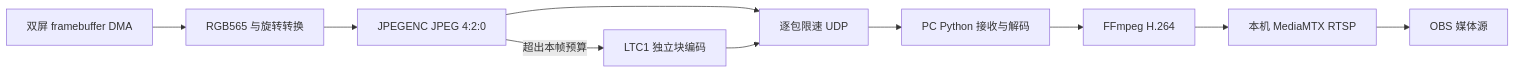
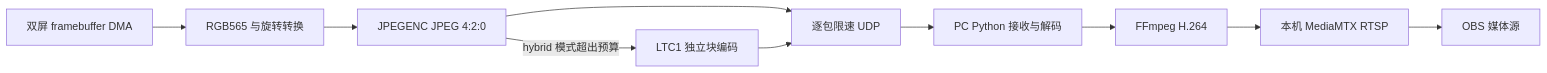
Before and after one commit to nicedayzhu/3ds-recorder: the diagram in live/README.md, drawn with Mermaid. The commit also changed other lines of this file and 17 other files, not shown here.

````diff
--- a/live/README.md
+++ b/live/README.md
@@ -9,12 +9,12 @@
 ```mermaid
 flowchart LR
   A[双屏 framebuffer DMA] --> B[RGB565 与旋转转换]
   B --> C[JPEGENC JPEG 4:2:0]
-  C -->|超出本帧预算| D[LTC1 独立块编码]
+  C -->|hybrid 模式超出预算| D[LTC1 独立块编码]
   C --> E[逐包限速 UDP]
   D --> E
   E --> F[PC Python 接收与解码]
   F --> G[FFmpeg H.264]
   G --> H[本机 MediaMTX RTSP]
   H --> I[OBS 媒体源]
 ```
````
